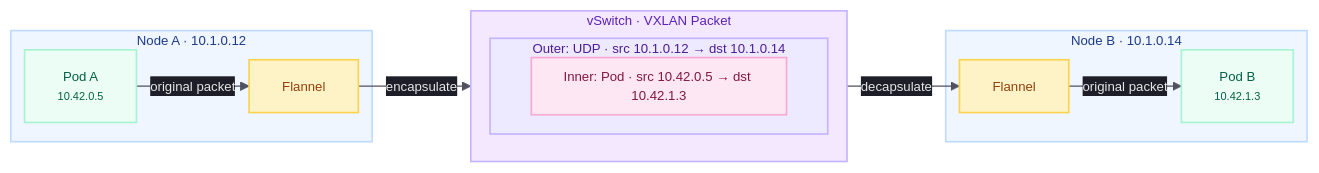
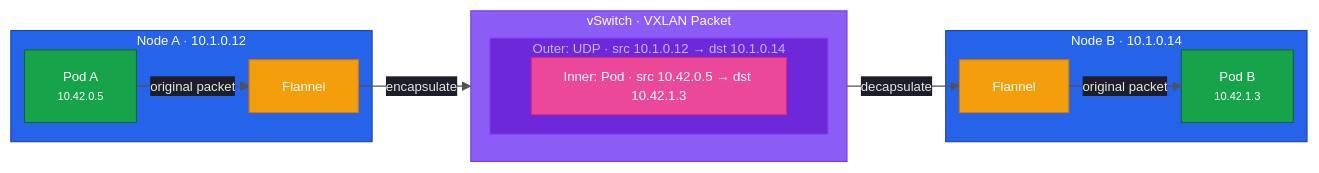
One commit to philprime/philprime.dev changed the first of 2 diagrams in guides/migrating-k3s-to-rke2/lesson-6.md. Above: the diagram before and after it, drawn with Mermaid. The commit also changed other lines of this file and 1 other file, not shown here.

````diff
--- a/guides/migrating-k3s-to-rke2/lesson-6.md
+++ b/guides/migrating-k3s-to-rke2/lesson-6.md
@@ -113,40 +49,39 @@
 ```mermaid!
 %%{init: {"theme": "base", "flowchart": {"nodeSpacing": 15, "rankSpacing": 25}, "themeVariables": {"fontSize": "12px", "background": "#181818", "textColor": "#c8c8d0", "lineColor": "#505060", "primaryColor": "#2a2a3a", "primaryTextColor": "#e6e6e6", "primaryBorderColor": "#404050", "clusterBkg": "#1e1e28", "clusterBorder": "#3a3a4a", "edgeLabelBackground": "#1e1e28", "titleColor": "#c8c8d0"}}}%%
 flowchart LR
     subgraph NodeA["Node A · 10.1.0.12"]
         PodA["Pod A<br/><small>10.42.0.5</small>"]
         FA["Flannel"]
     end
 
     subgraph Wire["vSwitch · VXLAN Packet"]
-        direction TB
         subgraph Outer["Outer: UDP · src 10.1.0.12 → dst 10.1.0.14"]
             subgraph Inner["Inner: Pod · src 10.42.0.5 → dst 10.42.1.3"]
             end
         end
     end
 
     subgraph NodeB["Node B · 10.1.0.14"]
         FB["Flannel"]
         PodB["Pod B<br/><small>10.42.1.3</small>"]
     end
 
     PodA -->|"original packet"| FA
     FA -->|"encapsulate"| Wire
     Wire -->|"decapsulate"| FB
     FB -->|"original packet"| PodB
 
-    classDef node fill:#eff6ff,color:#1e3a8a,stroke:#bfdbfe,stroke-width:1.5px
-    classDef pod fill:#ecfdf5,color:#065f46,stroke:#a7f3d0,stroke-width:1.5px
-    classDef flannel fill:#fef3c7,color:#92400e,stroke:#fcd34d,stroke-width:1.5px
-    classDef wire fill:#f3e8ff,color:#5b21b6,stroke:#c4b5fd,stroke-width:1.5px
-    classDef outer fill:#ede9fe,color:#4c1d95,stroke:#c4b5fd,stroke-width:1.5px
-    classDef inner fill:#fce7f3,color:#831843,stroke:#f9a8d4,stroke-width:1.5px
+    classDef node fill:#2563eb,color:#fff,stroke:#1e40af
+    classDef pod fill:#16a34a,color:#fff,stroke:#166534
+    classDef flannel fill:#f59e0b,color:#fff,stroke:#d97706
+    classDef wire fill:#8b5cf6,color:#fff,stroke:#7c3aed
+    classDef outer fill:#6d28d9,color:#c4b5fd,stroke:#7c3aed
+    classDef inner fill:#ec4899,color:#fff,stroke:#db2777
 
     class NodeA,NodeB node
     class PodA,PodB pod
     class FA,FB flannel
     class Wire wire
     class Outer outer
     class Inner inner
 ```
````
